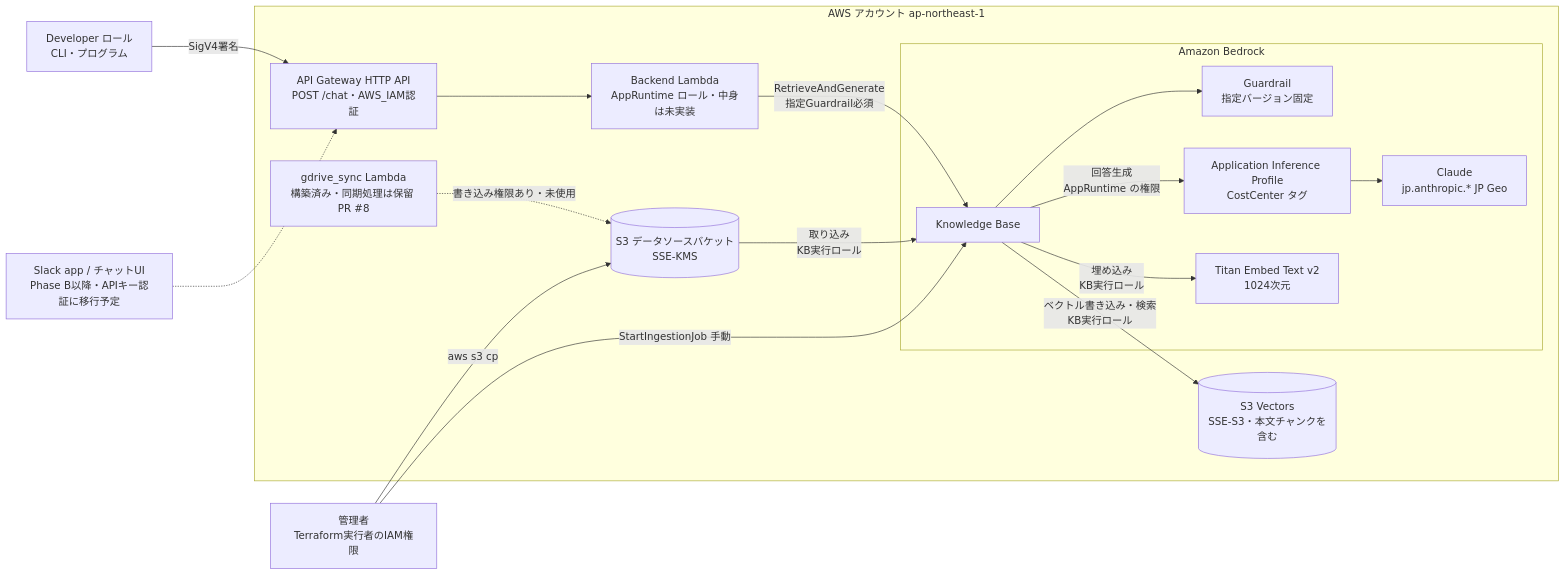
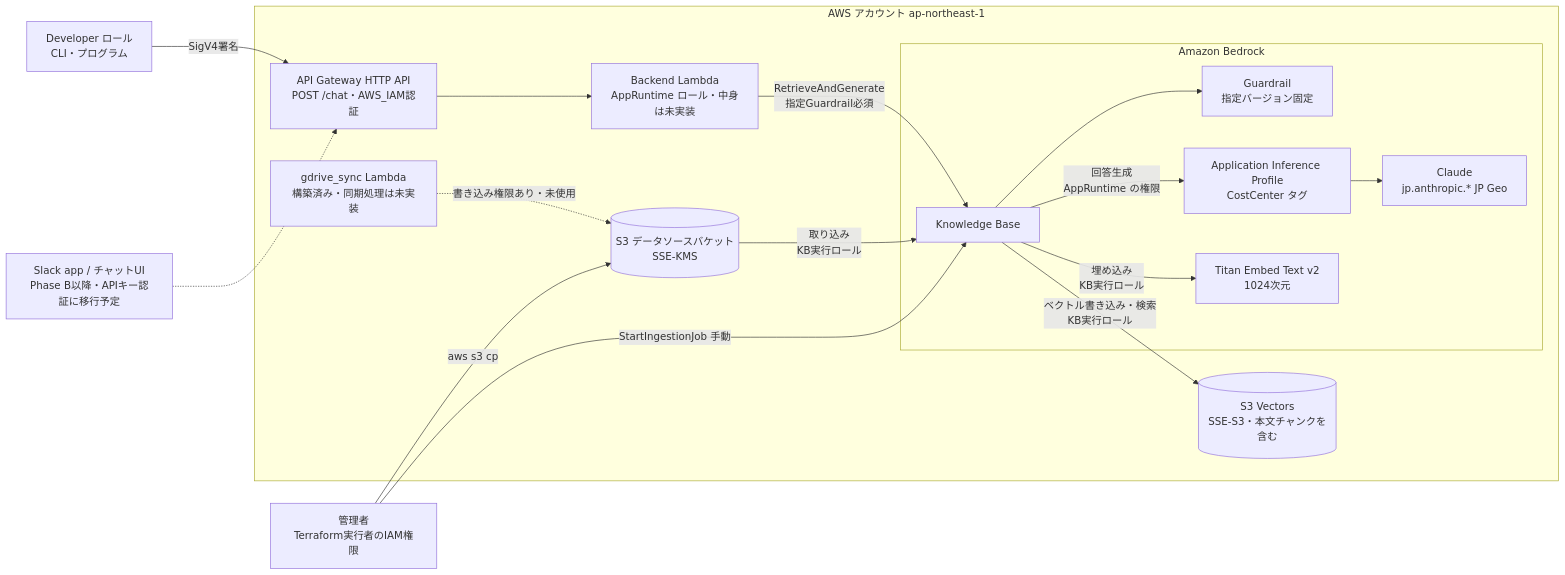
Before and after one commit to poco-poco-takyafumin/aws-try-bedrock: the first of 2 diagrams in docs/01-internal-rag-chatbot/requirements.md, drawn with Mermaid. The commit also changed other lines of this file and 2 other files, not shown here.

````diff
--- a/docs/01-internal-rag-chatbot/requirements.md
+++ b/docs/01-internal-rag-chatbot/requirements.md
@@ -81,37 +81,37 @@
 ```mermaid
 flowchart LR
     dev["Developer ロール<br/>CLI・プログラム"]
     future["Slack app / チャットUI<br/>Phase B以降・APIキー認証に移行予定"]
     uploader["管理者<br/>Terraform実行者のIAM権限"]
 
     subgraph aws["AWS アカウント ap-northeast-1"]
         apigw["API Gateway HTTP API<br/>POST /chat・AWS_IAM認証"]
         lambda["Backend Lambda<br/>AppRuntime ロール・中身は未実装"]
-        gdrive["gdrive_sync Lambda<br/>構築済み・同期処理は保留 PR #8"]
+        gdrive["gdrive_sync Lambda<br/>構築済み・同期処理は未実装"]
         kbdata[("S3 データソースバケット<br/>SSE-KMS")]
 
         subgraph bedrock["Amazon Bedrock"]
             kb["Knowledge Base"]
             guardrail["Guardrail<br/>指定バージョン固定"]
             titan["Titan Embed Text v2<br/>1024次元"]
             aip["Application Inference Profile<br/>CostCenter タグ"]
             claude["Claude<br/>jp.anthropic.* JP Geo"]
         end
 
         vectors[("S3 Vectors<br/>SSE-S3・本文チャンクを含む")]
     end
 
     dev -->|SigV4署名| apigw
     future -.-> apigw
     apigw --> lambda
     lambda -->|RetrieveAndGenerate<br/>指定Guardrail必須| kb
     kb --> guardrail
     kb -->|回答生成<br/>AppRuntime の権限| aip --> claude
 
     uploader -->|aws s3 cp| kbdata
     uploader -->|StartIngestionJob 手動| kb
     gdrive -.->|書き込み権限あり・未使用| kbdata
     kbdata -->|取り込み<br/>KB実行ロール| kb
     kb -->|埋め込み<br/>KB実行ロール| titan
     kb -->|ベクトル書き込み・検索<br/>KB実行ロール| vectors
 ```
````
